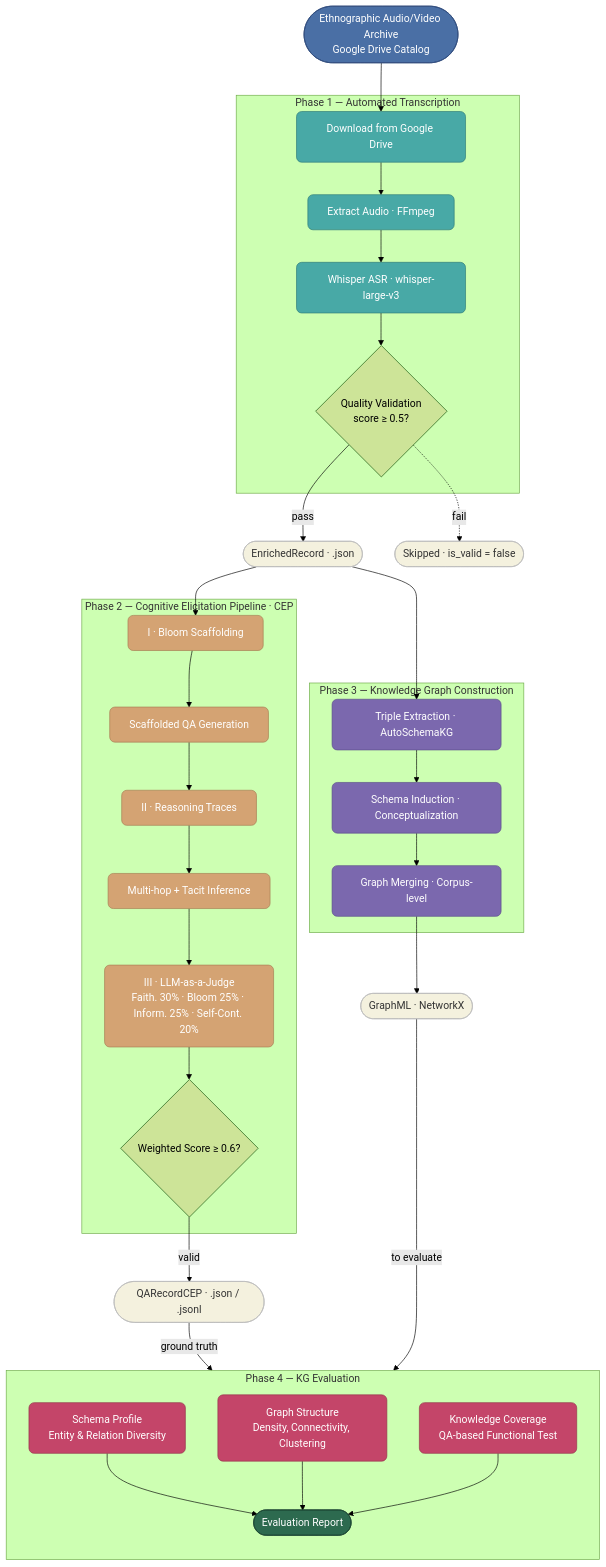
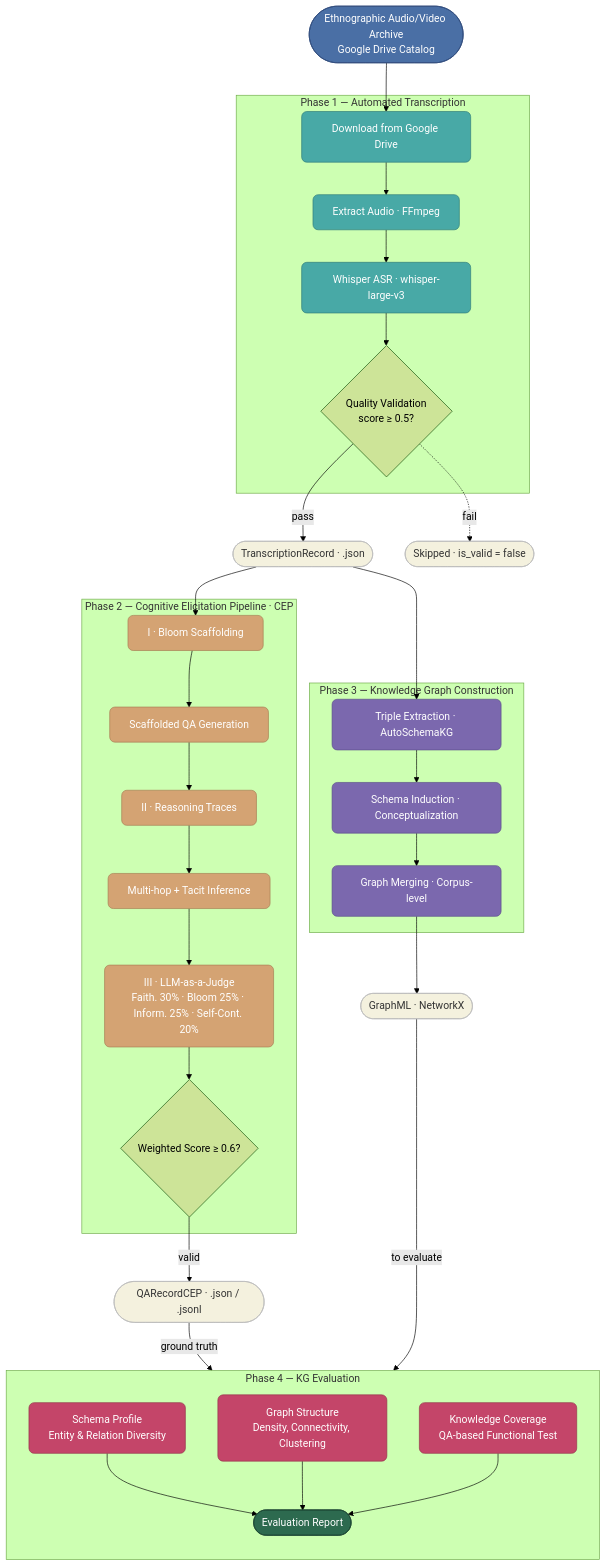
Before and after one commit to FredDsR/arandu: the first of 10 diagrams in docs/methodology.md, drawn with Mermaid (forest theme). The commit also changed other lines of this file and 56 other files, not shown here.

````diff
--- a/docs/methodology.md
+++ b/docs/methodology.md
@@ -15,64 +15,64 @@
 ```mermaid
 flowchart TD
     classDef input fill:#4a6fa5,stroke:#2d4a7a,color:#fff,rx:12,ry:12
     classDef p1 fill:#48a9a6,stroke:#2d7a78,color:#fff,rx:8,ry:8
     classDef p2 fill:#d4a373,stroke:#a67c52,color:#fff,rx:8,ry:8
     classDef p3 fill:#7b68ae,stroke:#5a4d8a,color:#fff,rx:8,ry:8
     classDef p4 fill:#c44569,stroke:#943349,color:#fff,rx:8,ry:8
     classDef out fill:#2d6a4f,stroke:#1b4332,color:#fff,rx:12,ry:12
     classDef data fill:#f4f1de,stroke:#bbb,color:#333,rx:6,ry:6
 
     IN(["Ethnographic Audio/Video Archive<br/>Google Drive Catalog"]):::input
 
     IN --> DL
 
     subgraph P1["Phase 1 — Automated Transcription"]
         DL["Download from Google Drive"]:::p1
         FF["Extract Audio · FFmpeg"]:::p1
         WH["Whisper ASR · whisper-large-v3"]:::p1
         QV{"Quality Validation<br/>score ≥ 0.5?"}
         DL --> FF --> WH --> QV
     end
 
-    QV -->|pass| ER(["EnrichedRecord · .json"]):::data
+    QV -->|pass| ER(["TranscriptionRecord · .json"]):::data
     QV -.->|fail| SK(["Skipped · is_valid = false"]):::data
 
     ER --> BL
     ER --> TE
 
     subgraph P2["Phase 2 — Cognitive Elicitation Pipeline · CEP"]
         BL["I · Bloom Scaffolding"]:::p2
         SG["Scaffolded QA Generation"]:::p2
         RT["II · Reasoning Traces"]:::p2
         MH["Multi-hop + Tacit Inference"]:::p2
         JU["III · LLM-as-a-Judge<br/>Faith. 30% · Bloom 25% · Inform. 25% · Self-Cont. 20%"]:::p2
         VD{"Weighted Score ≥ 0.6?"}
         BL --> SG --> RT --> MH --> JU --> VD
     end
 
     subgraph P3["Phase 3 — Knowledge Graph Construction"]
         TE["Triple Extraction · AutoSchemaKG"]:::p3
         SI["Schema Induction · Conceptualization"]:::p3
         GM["Graph Merging · Corpus-level"]:::p3
         TE --> SI --> GM
     end
 
     VD -->|valid| QR(["QARecordCEP · .json / .jsonl"]):::data
     GM --> GR(["GraphML · NetworkX"]):::data
 
     P2 ~~~ P3
 
     QR -->|ground truth| P4
     GR -->|to evaluate| P4
 
     subgraph P4["Phase 4 — KG Evaluation"]
         direction TB
         SP["Schema Profile<br/>Entity & Relation Diversity"]:::p4
         GS["Graph Structure<br/>Density, Connectivity, Clustering"]:::p4
         KC["Knowledge Coverage<br/>QA-based Functional Test"]:::p4
         RP(["Evaluation Report"]):::out
         SP --> RP
         GS --> RP
         KC --> RP
     end
 ```
````
